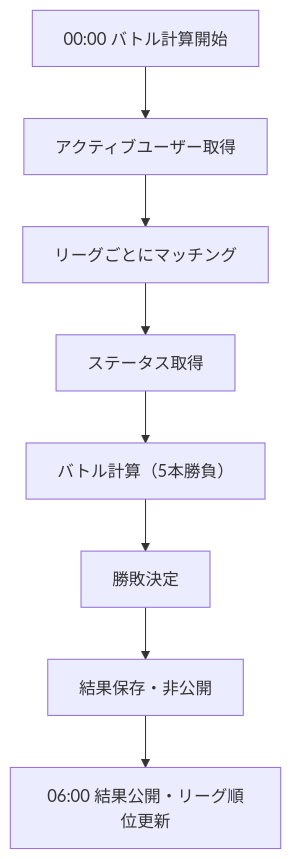
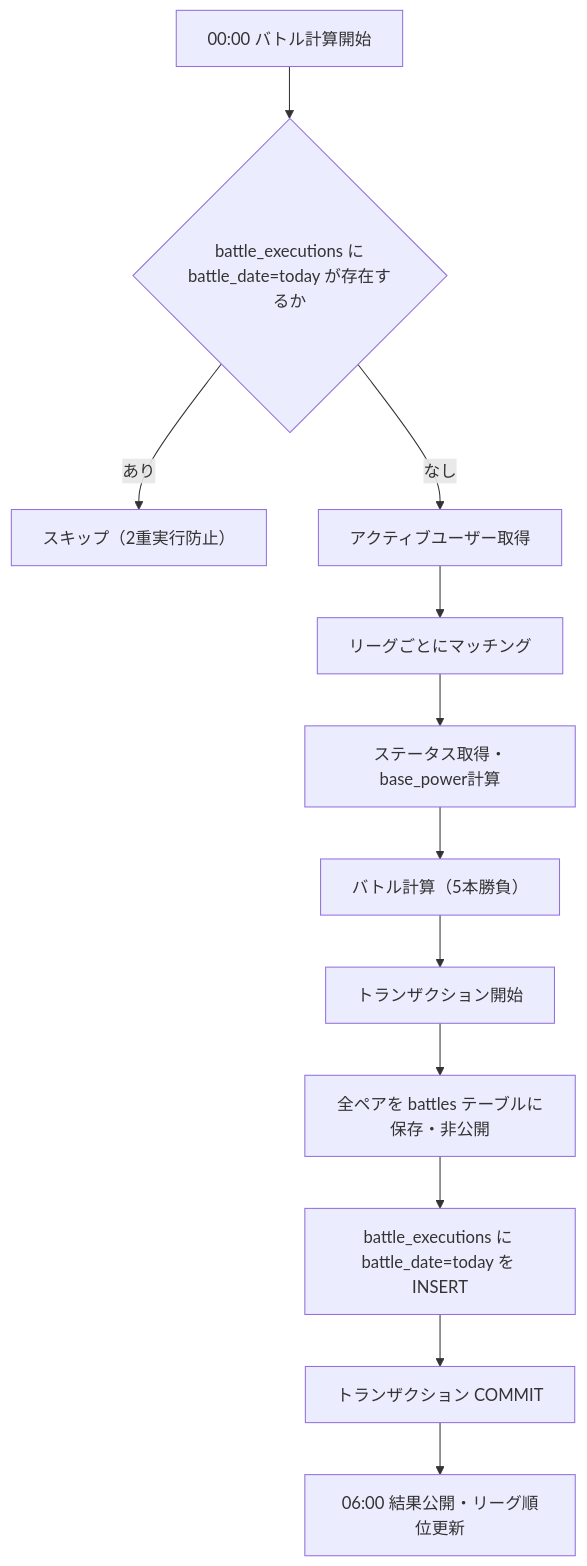
Before and after one commit to ShotaMiwa/Task-Apps: the third of 4 diagrams in docs/spec.md, drawn with Mermaid. The commit also changed other lines of this file, not shown here.

````diff
--- a/docs/spec.md
+++ b/docs/spec.md
@@ -300,10 +313,14 @@
 ```mermaid
 flowchart TD
-  A[00:00 バトル計算開始] --> B[アクティブユーザー取得]
-  B --> C[リーグごとにマッチング]
-  C --> D[ステータス取得]
-  D --> E[バトル計算（5本勝負）]
-  E --> F[勝敗決定]
-  F --> G[結果保存・非公開]
-  G --> H[06:00 結果公開・リーグ順位更新]
+  A[00:00 バトル計算開始] --> B{battle_executions に\nbattle_date=today が存在するか}
+  B -->|あり| Z[スキップ（2重実行防止）]
+  B -->|なし| C[アクティブユーザー取得]
+  C --> D[リーグごとにマッチング]
+  D --> E[ステータス取得・base_power計算]
+  E --> F[バトル計算（5本勝負）]
+  F --> G[トランザクション開始]
+  G --> H[全ペアを battles テーブルに保存・非公開]
+  H --> I[battle_executions に battle_date=today を INSERT]
+  I --> J[トランザクション COMMIT]
+  J --> K[06:00 結果公開・リーグ順位更新]
 ```
````
